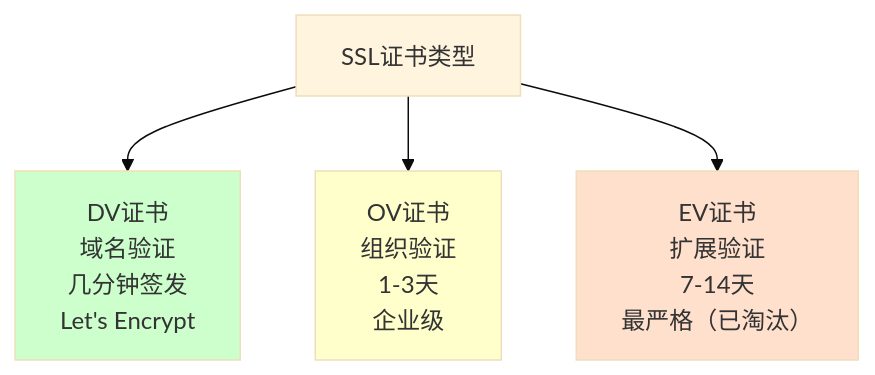
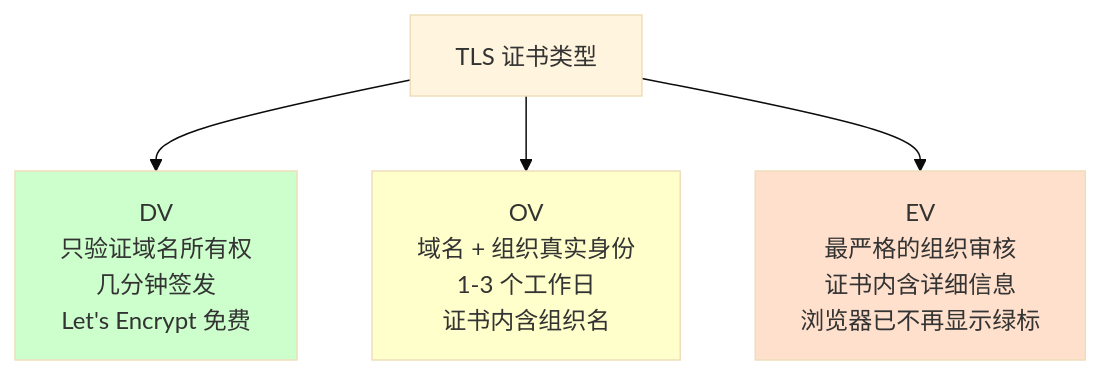
Before and after one commit to before80/prgms: the third of 6 diagrams in content/linux/web_service/Chapter-39-Web-Server-Fundamentals.md, drawn with Mermaid (base theme). The commit also changed other lines of this file and 1645 other files, not shown here.

````diff
--- a/content/linux/web_service/Chapter-39-Web-Server-Fundamentals.md
+++ b/content/linux/web_service/Chapter-39-Web-Server-Fundamentals.md
@@ -184,9 +212,9 @@
 ```mermaid
 graph TB
-    A["SSL证书类型"] --> B["DV证书<br/>域名验证<br/>几分钟签发<br/>Let's Encrypt"]
-    A --> C["OV证书<br/>组织验证<br/>1-3天<br/>企业级"]
-    A --> D["EV证书<br/>扩展验证<br/>7-14天<br/>最严格（已淘汰）"]
+    A["TLS 证书类型"] --> B["DV<br/>只验证域名所有权<br/>几分钟签发<br/>Let's Encrypt 免费"]
+    A --> C["OV<br/>域名 + 组织真实身份<br/>1-3 个工作日<br/>证书内含组织名"]
+    A --> D["EV<br/>最严格的组织审核<br/>证书内含详细信息<br/>浏览器已不再显示绿标"]
     style B fill:#ccffcc
     style C fill:#ffffcc
     style D fill:#ffe0cc
 ```
````
